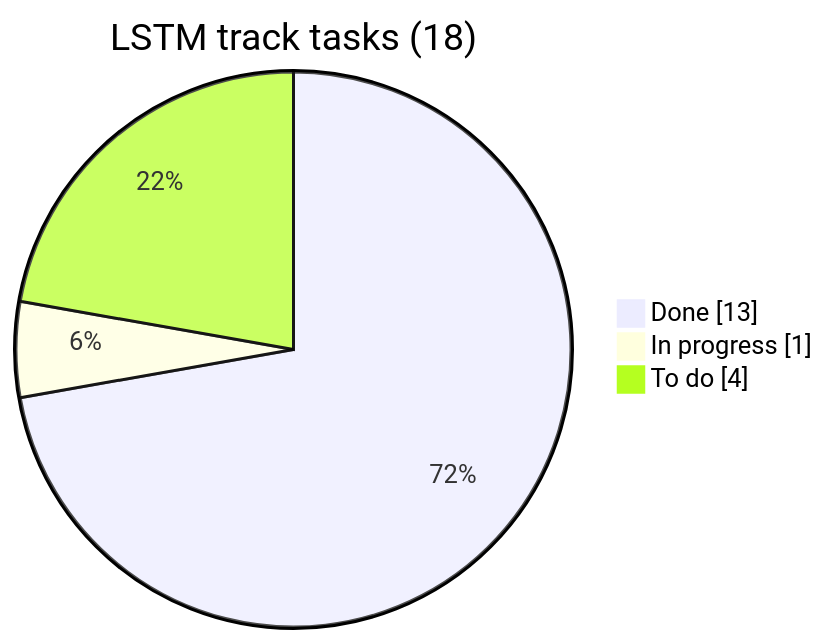
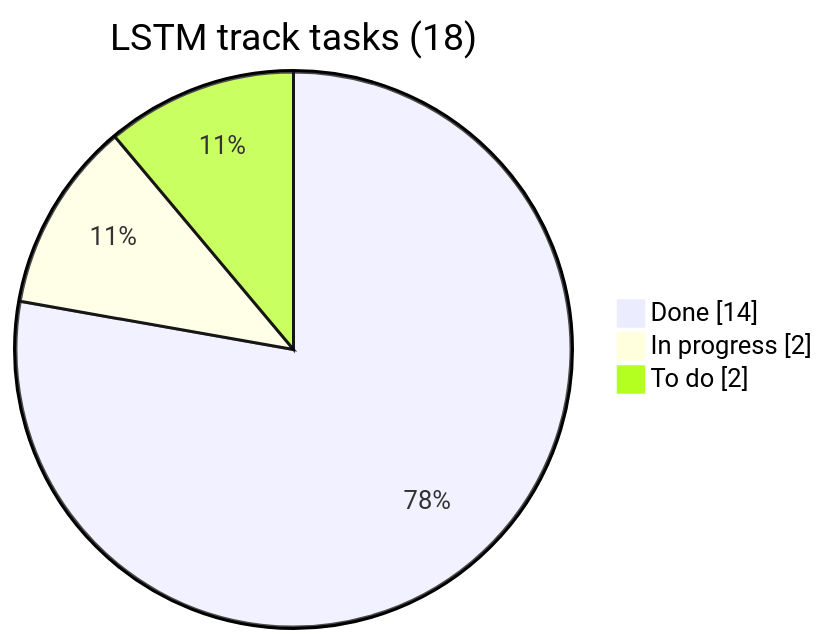
One commit to Asyxddiq/mlda-audio-workshop changed the first of 4 diagrams in progress.md. Above: the diagram before and after it, drawn with Mermaid. The commit also changed other lines of this file and 1 other file, not shown here.

````diff
--- a/progress.md
+++ b/progress.md
@@ -17,7 +17,7 @@
 ```mermaid
 pie showData
     title LSTM track tasks (18)
-    "Done" : 13
-    "In progress" : 1
-    "To do" : 4
+    "Done" : 14
+    "In progress" : 2
+    "To do" : 2
 ```
````
